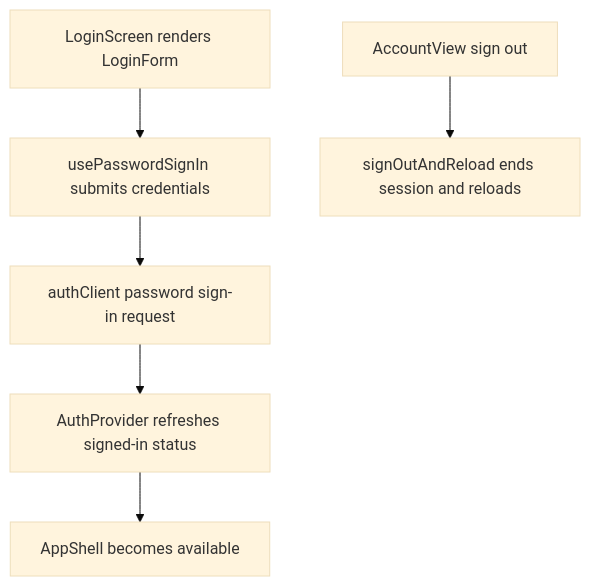
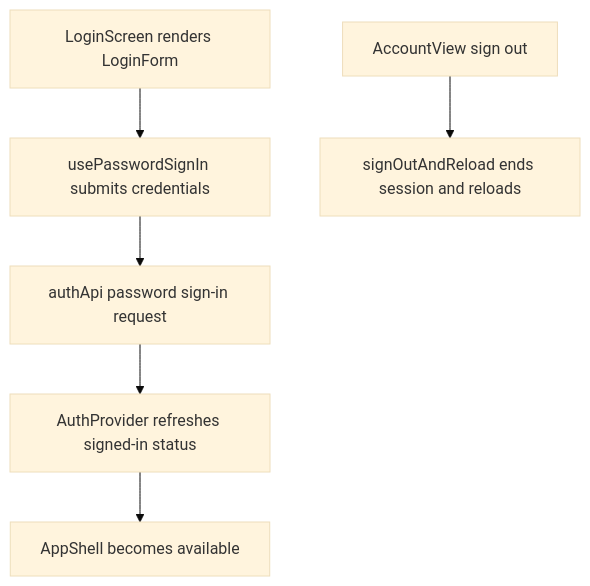
One commit to Kevinjohn/capacitylens changed the second of 2 diagrams in user-stories/navigation/US-NAV-10-login-screen.md. Above: the diagram before and after it, drawn with Mermaid (base theme). The commit also changed other lines of this file and 79 other files, not shown here.

First line of the commit message:
Client to Api: rename the typed HTTP modules

````diff
--- a/user-stories/navigation/US-NAV-10-login-screen.md
+++ b/user-stories/navigation/US-NAV-10-login-screen.md
@@ -37,8 +37,8 @@
 ```mermaid
 flowchart TD
   screen["LoginScreen renders LoginForm"] --> hook["usePasswordSignIn submits credentials"]
-  hook --> auth["authClient password sign-in request"]
+  hook --> auth["authApi password sign-in request"]
   auth --> session["AuthProvider refreshes signed-in status"]
   session --> app["AppShell becomes available"]
   account["AccountView sign out"] --> signedOut["signOutAndReload ends session and reloads"]
 ```
````
